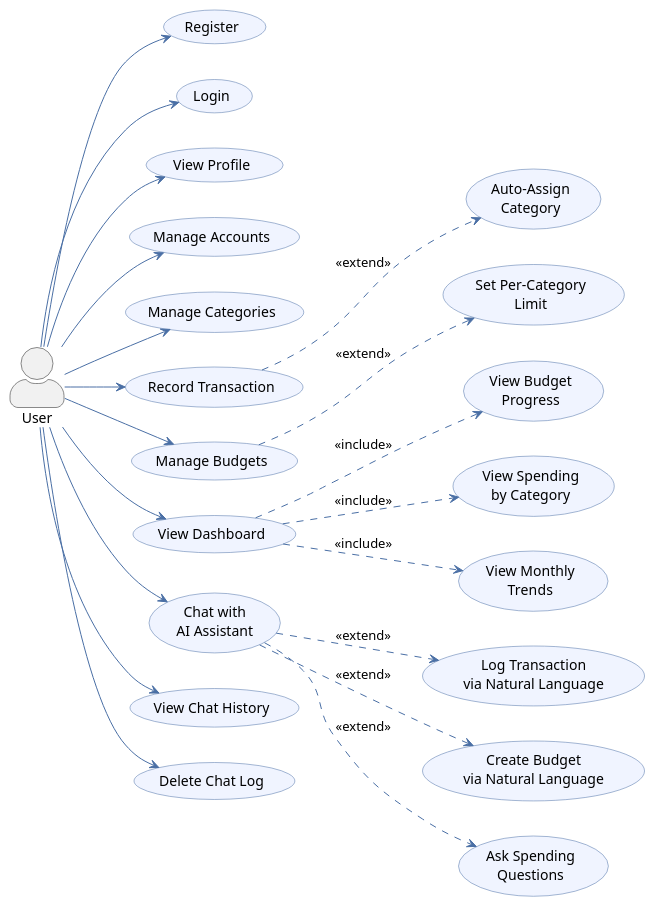
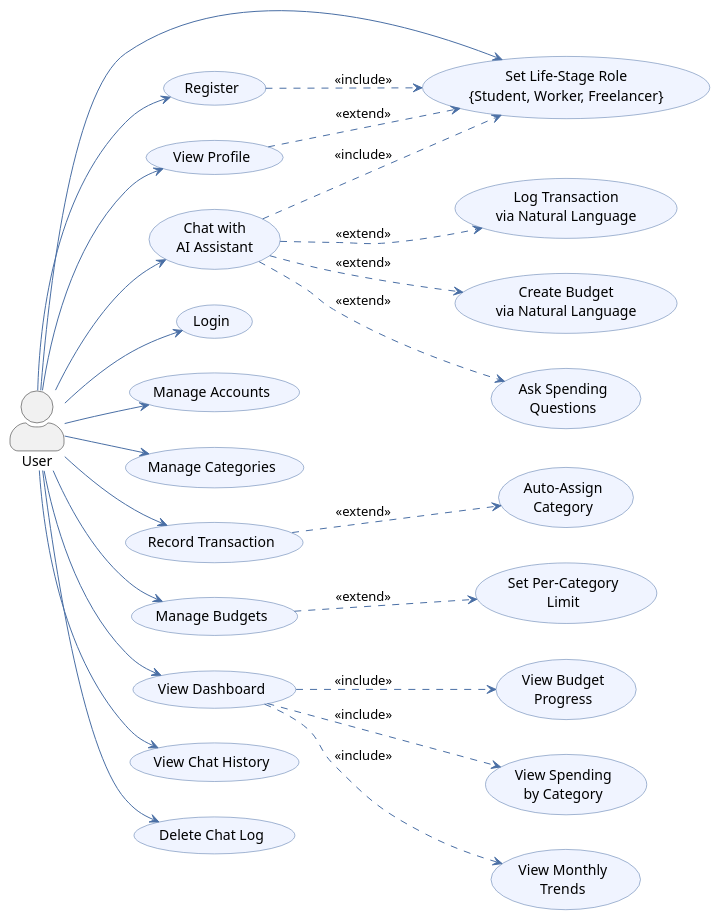
Before and after one commit to phucnguyenAtWork/AWAD2: the diagram in .diagrams/usecase.puml, drawn with PlantUML. The commit also changed 12 other files, not shown here.

```diff
--- a/.diagrams/usecase.puml
+++ b/.diagrams/usecase.puml
@@ -1,70 +1,76 @@
 @startuml SmartFinance Use Case Diagram
 
 left to right direction
 skinparam actorStyle awesome
 skinparam packageStyle rectangle
 skinparam usecase {
   BackgroundColor #F0F4FF
   BorderColor #4A6FA5
   ArrowColor #4A6FA5
 }
 
 actor "User" as user
 
 ' === Authentication ===
 usecase "Register" as UC_REG
 usecase "Login" as UC_LOGIN
 usecase "View Profile" as UC_PROFILE
+usecase "Set Life-Stage Role\n{Student, Worker, Freelancer}" as UC_ROLE
 
 ' === Account Management ===
 usecase "Manage Accounts" as UC_ACC
 usecase "Manage Categories" as UC_CAT
 
 ' === Transactions ===
 usecase "Record Transaction" as UC_TXN
 usecase "Auto-Assign\nCategory" as UC_AUTOCAT
 
 ' === Budgets ===
 usecase "Manage Budgets" as UC_BUD
 usecase "Set Per-Category\nLimit" as UC_CATLIMIT
 
 ' === Dashboard ===
 usecase "View Dashboard" as UC_DASH
 usecase "View Budget\nProgress" as UC_BUDPROG
 usecase "View Spending\nby Category" as UC_CATSPEND
 usecase "View Monthly\nTrends" as UC_TRENDS
 
 ' === AI Insights ===
 usecase "Chat with\nAI Assistant" as UC_CHAT
 usecase "Log Transaction\nvia Natural Language" as UC_NLLOG
 usecase "Create Budget\nvia Natural Language" as UC_NLBUD
 usecase "Ask Spending\nQuestions" as UC_NLASK
 usecase "View Chat History" as UC_HIST
 usecase "Delete Chat Log" as UC_DELLOG
 
 ' --- Actor connections ---
 user --> UC_REG
 user --> UC_LOGIN
 user --> UC_PROFILE
+user --> UC_ROLE
 user --> UC_ACC
 user --> UC_CAT
 user --> UC_TXN
 user --> UC_BUD
 user --> UC_DASH
 user --> UC_CHAT
 user --> UC_HIST
 user --> UC_DELLOG
 
 ' --- Relationships ---
 UC_TXN ..> UC_AUTOCAT : <<extend>>
 UC_BUD ..> UC_CATLIMIT : <<extend>>
 
 UC_DASH ..> UC_BUDPROG : <<include>>
 UC_DASH ..> UC_CATSPEND : <<include>>
 UC_DASH ..> UC_TRENDS : <<include>>
 
 UC_CHAT ..> UC_NLLOG : <<extend>>
 UC_CHAT ..> UC_NLBUD : <<extend>>
 UC_CHAT ..> UC_NLASK : <<extend>>
 
+UC_REG ..> UC_ROLE : <<include>>
+UC_PROFILE ..> UC_ROLE : <<extend>>
+UC_CHAT ..> UC_ROLE : <<include>>
+
 @enduml
```
